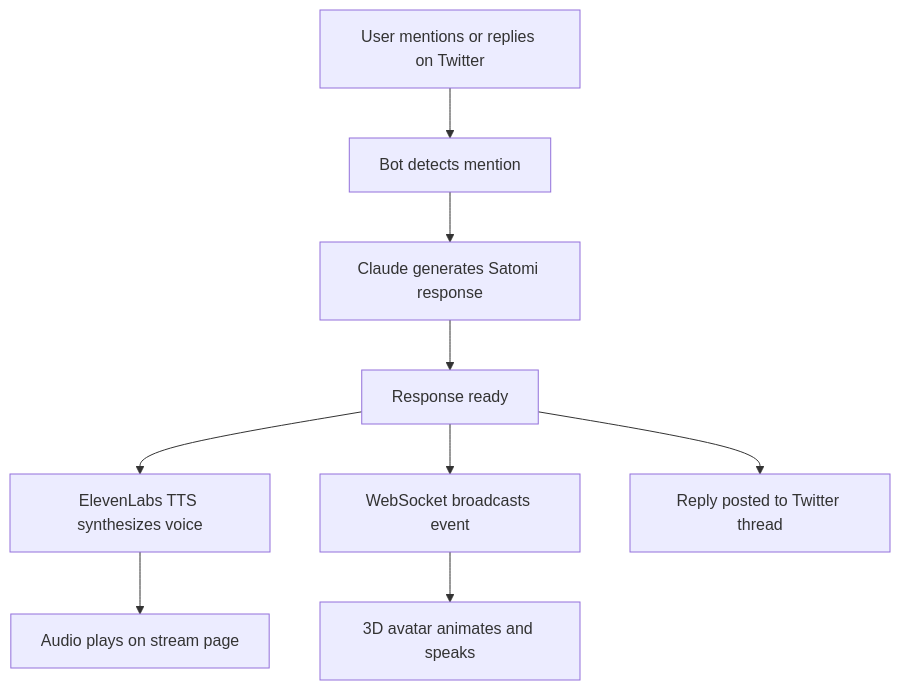
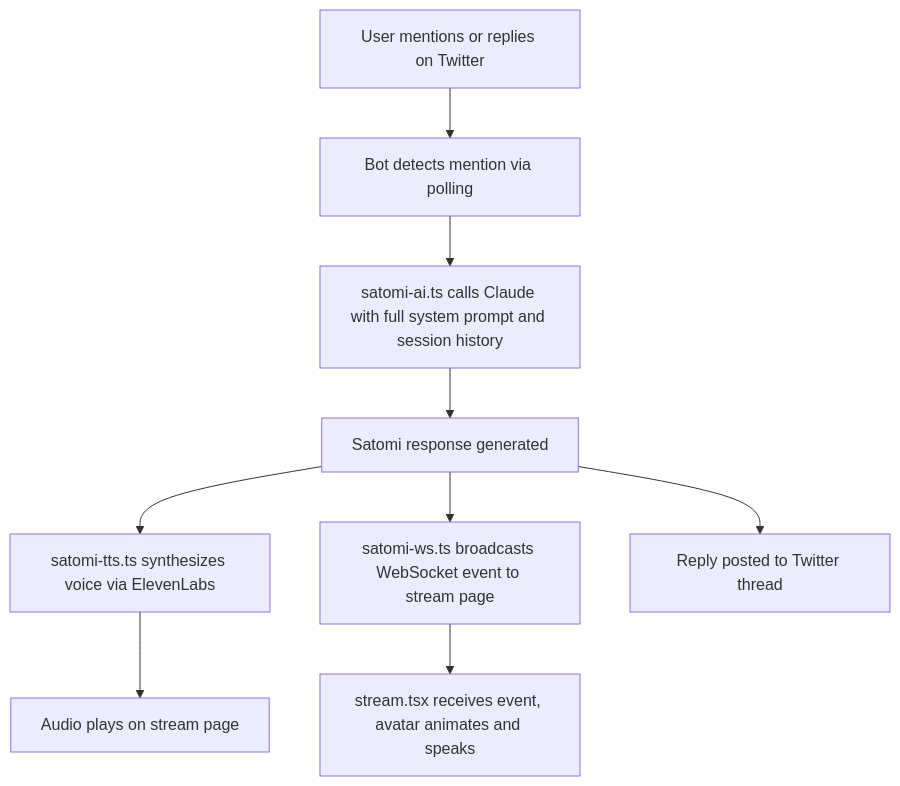
The second of 3 diagrams in profile/README.md (satominakamichi/.github), drawn with Mermaid before and after one commit. The commit also changed other lines of this file, not shown here.

Commit message:
update profile: detailed README with full architecture, features, and deployment docs

````diff
--- a/profile/README.md
+++ b/profile/README.md
@@ -44,11 +51,11 @@
   ```mermaid
   flowchart TD
-      A[User mentions or replies on Twitter] --> B[Bot detects mention]
-      B --> C[Claude generates Satomi response]
-      C --> D[Response ready]
-      D --> E[ElevenLabs TTS synthesizes voice]
-      D --> F[WebSocket broadcasts event]
-      E --> G[Audio plays on stream page]
-      F --> H[3D avatar animates and speaks]
-      D --> I[Reply posted to Twitter thread]
+      A[User mentions or replies on Twitter] --> B[Bot detects mention via polling]
+      B --> C[satomi-ai.ts calls Claude with full system prompt and session history]
+      C --> D[Satomi response generated]
+      D --> E[satomi-tts.ts synthesizes voice via ElevenLabs]
+      D --> F[satomi-ws.ts broadcasts WebSocket event to stream page]
+      D --> G[Reply posted to Twitter thread]
+      E --> H[Audio plays on stream page]
+      F --> I[stream.tsx receives event, avatar animates and speaks]
   ```
````
